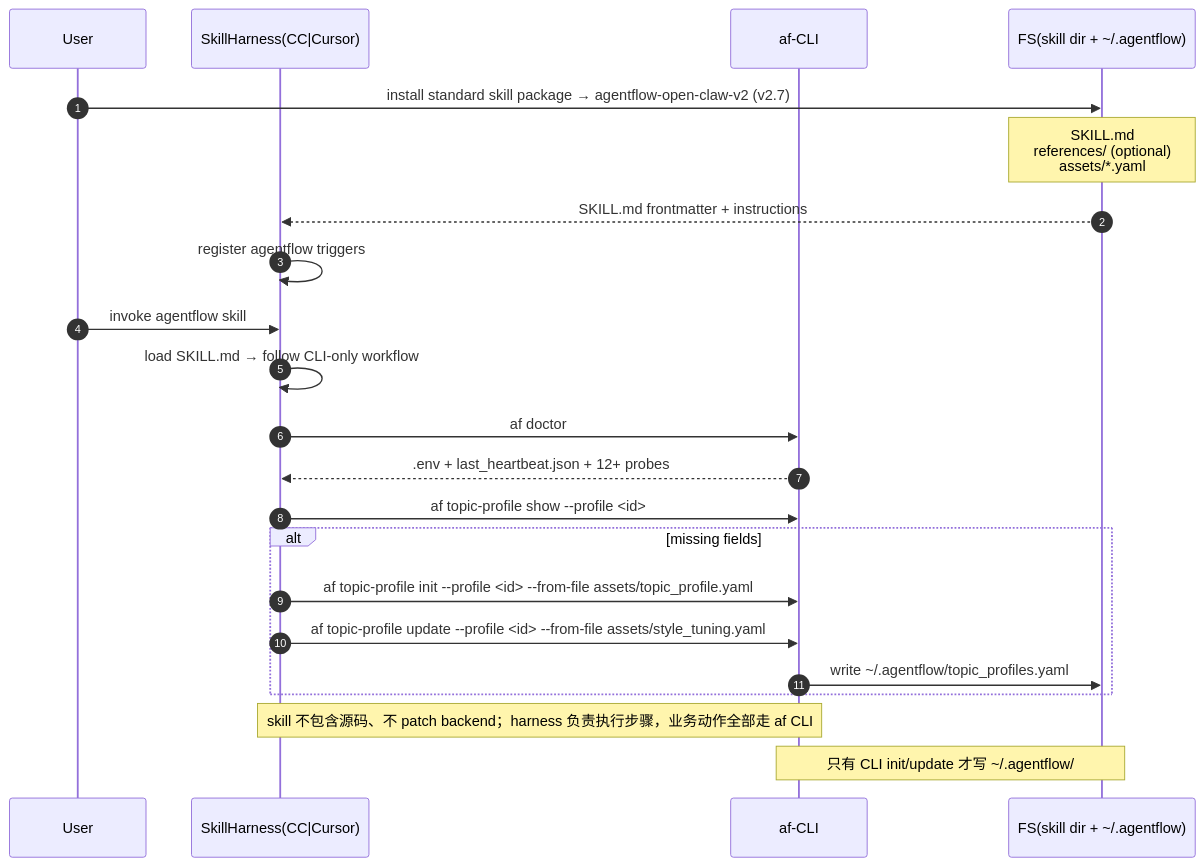
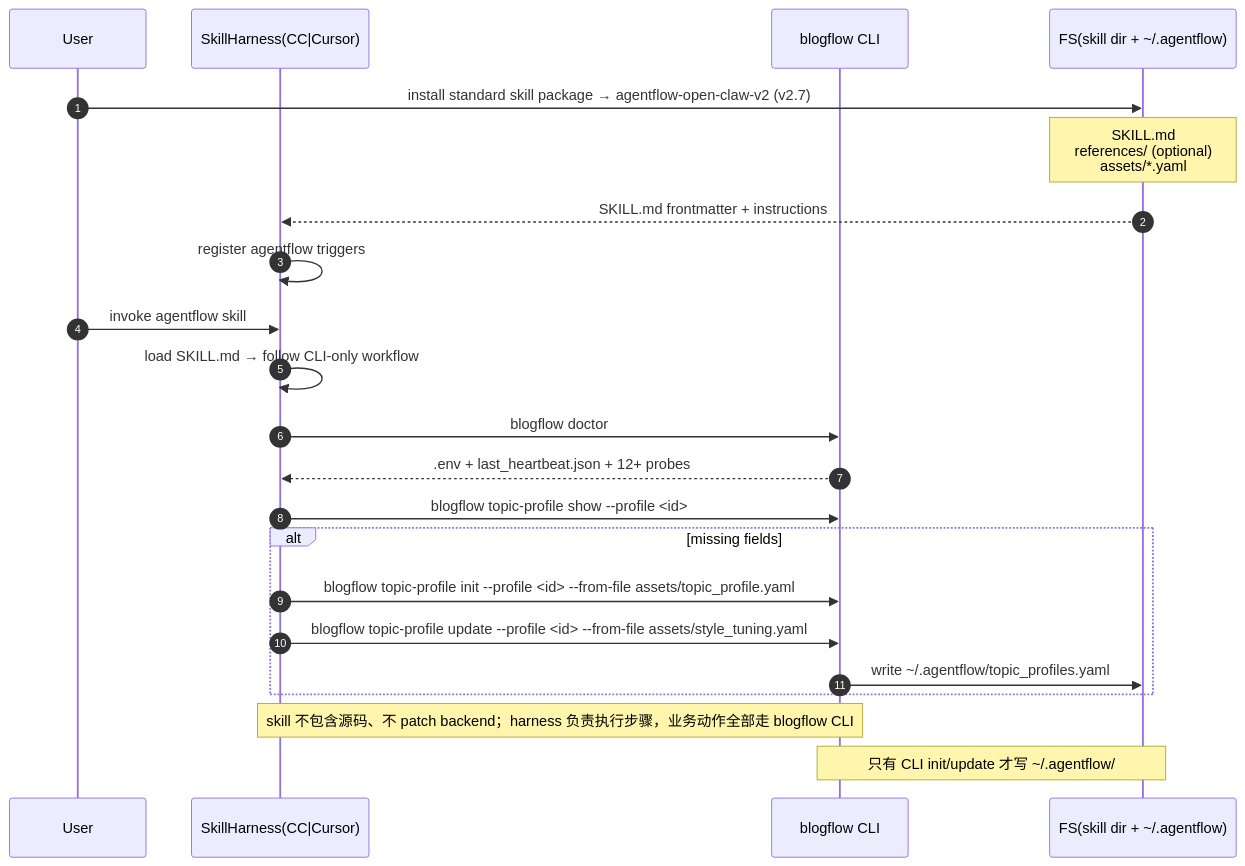
The first of 23 diagrams in docs/flows/USER_SCENARIOS.md (witness1993x/agentflow-article-publishing), drawn with Mermaid before and after one commit. The commit also changed other lines of this file and 72 other files, not shown here.

````diff
--- a/docs/flows/USER_SCENARIOS.md
+++ b/docs/flows/USER_SCENARIOS.md
@@ -17,24 +24,24 @@
 ```mermaid
 sequenceDiagram
     autonumber
     participant User
     participant SH as SkillHarness(CC|Cursor)
-    participant CLI as af-CLI
+    participant CLI as blogflow CLI
     participant FS as FS(skill dir + ~/.agentflow)
     User->>FS: install standard skill package → agentflow-open-claw-v2 (v2.7)
     Note over FS: SKILL.md<br/>references/ (optional)<br/>assets/*.yaml
     FS-->>SH: SKILL.md frontmatter + instructions
     SH->>SH: register agentflow triggers
     User->>SH: invoke agentflow skill
     SH->>SH: load SKILL.md → follow CLI-only workflow
-    SH->>CLI: af doctor
+    SH->>CLI: blogflow doctor
     CLI-->>SH: .env + last_heartbeat.json + 12+ probes
-    SH->>CLI: af topic-profile show --profile <id>
+    SH->>CLI: blogflow topic-profile show --profile <id>
     alt missing fields
-        SH->>CLI: af topic-profile init --profile <id> --from-file assets/topic_profile.yaml
-        SH->>CLI: af topic-profile update --profile <id> --from-file assets/style_tuning.yaml
+        SH->>CLI: blogflow topic-profile init --profile <id> --from-file assets/topic_profile.yaml
+        SH->>CLI: blogflow topic-profile update --profile <id> --from-file assets/style_tuning.yaml
         CLI->>FS: write ~/.agentflow/topic_profiles.yaml
     end
-    Note over SH,CLI: skill 不包含源码、不 patch backend；harness 负责执行步骤，业务动作全部走 af CLI
+    Note over SH,CLI: skill 不包含源码、不 patch backend；harness 负责执行步骤，业务动作全部走 blogflow CLI
     Note over CLI,FS: 只有 CLI init/update 才写 ~/.agentflow/
 ```
````
